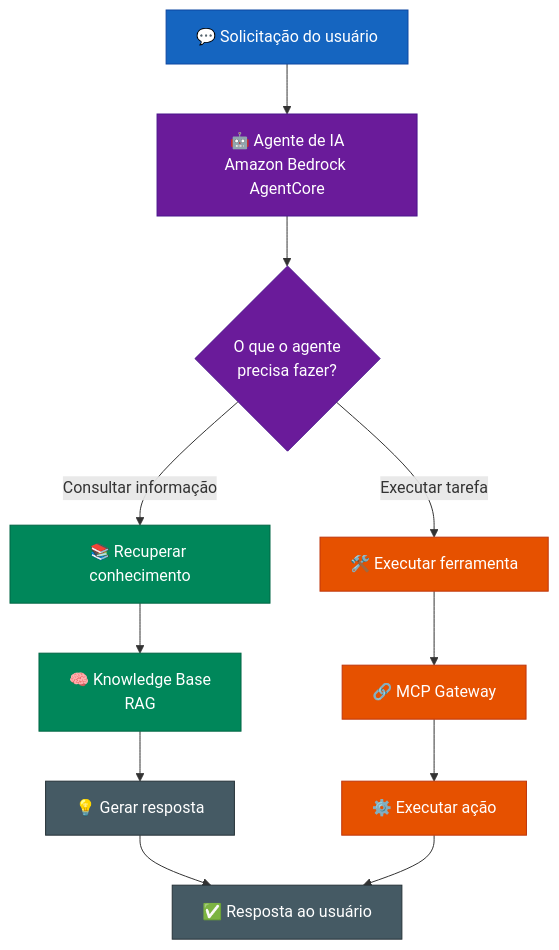
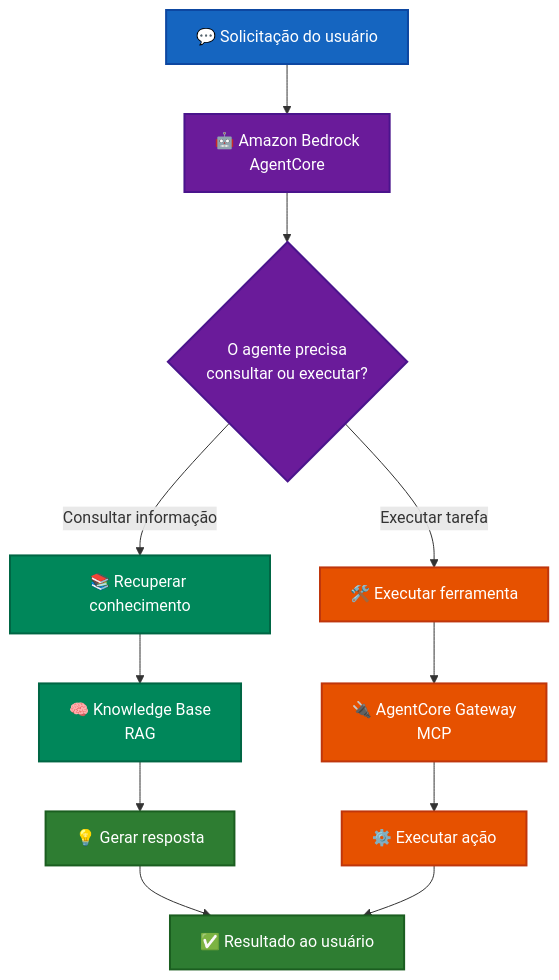
The second of 11 diagrams in README.md (Rogerio5/aws-genai-smart-assistant-lab), drawn with Mermaid before and after one commit. The commit also changed other lines of this file, not shown here.

````diff
--- a/README.md
+++ b/README.md
@@ -106,45 +123,48 @@
 ```mermaid
 flowchart TB
 
     REQUEST["💬 Solicitação do usuário"]
 
-    AGENT["🤖 Agente de IA<br/>Amazon Bedrock AgentCore"]
+    AGENT["🤖 Amazon Bedrock<br/>AgentCore"]
 
-    DECISION{"O que o agente<br/>precisa fazer?"}
+    DECISION{"O agente precisa<br/>consultar ou executar?"}
 
     RAG["📚 Recuperar conhecimento"]
     TOOL["🛠️ Executar ferramenta"]
 
     KB["🧠 Knowledge Base<br/>RAG"]
-    MCP["🔗 MCP Gateway"]
+
+    GATEWAY["🔌 AgentCore Gateway<br/>MCP"]
 
     ANSWER["💡 Gerar resposta"]
     ACTION["⚙️ Executar ação"]
+
+    RESULT["✅ Resultado ao usuário"]
 
     REQUEST --> AGENT
     AGENT --> DECISION
 
     DECISION -->|"Consultar informação"| RAG
     DECISION -->|"Executar tarefa"| TOOL
 
     RAG --> KB
     KB --> ANSWER
 
-    TOOL --> MCP
-    MCP --> ACTION
+    TOOL --> GATEWAY
+    GATEWAY --> ACTION
 
-    ANSWER --> RESULT["✅ Resposta ao usuário"]
+    ANSWER --> RESULT
     ACTION --> RESULT
 
-    classDef input fill:#1565C0,stroke:#0D47A1,color:#ffffff
-    classDef ai fill:#6A1B9A,stroke:#4A148C,color:#ffffff
-    classDef rag fill:#00875A,stroke:#006644,color:#ffffff
-    classDef tool fill:#E65100,stroke:#BF360C,color:#ffffff
-    classDef result fill:#455A64,stroke:#263238,color:#ffffff
+    classDef input fill:#1565C0,stroke:#0D47A1,color:#ffffff,stroke-width:2px
+    classDef ai fill:#6A1B9A,stroke:#4A148C,color:#ffffff,stroke-width:2px
+    classDef knowledge fill:#00875A,stroke:#006644,color:#ffffff,stroke-width:2px
+    classDef integration fill:#E65100,stroke:#BF360C,color:#ffffff,stroke-width:2px
+    classDef result fill:#2E7D32,stroke:#1B5E20,color:#ffffff,stroke-width:2px
 
     class REQUEST input
     class AGENT,DECISION ai
-    class RAG,KB rag
-    class TOOL,MCP,ACTION tool
+    class RAG,KB knowledge
+    class TOOL,GATEWAY,ACTION integration
     class ANSWER,RESULT result
 ```
````
